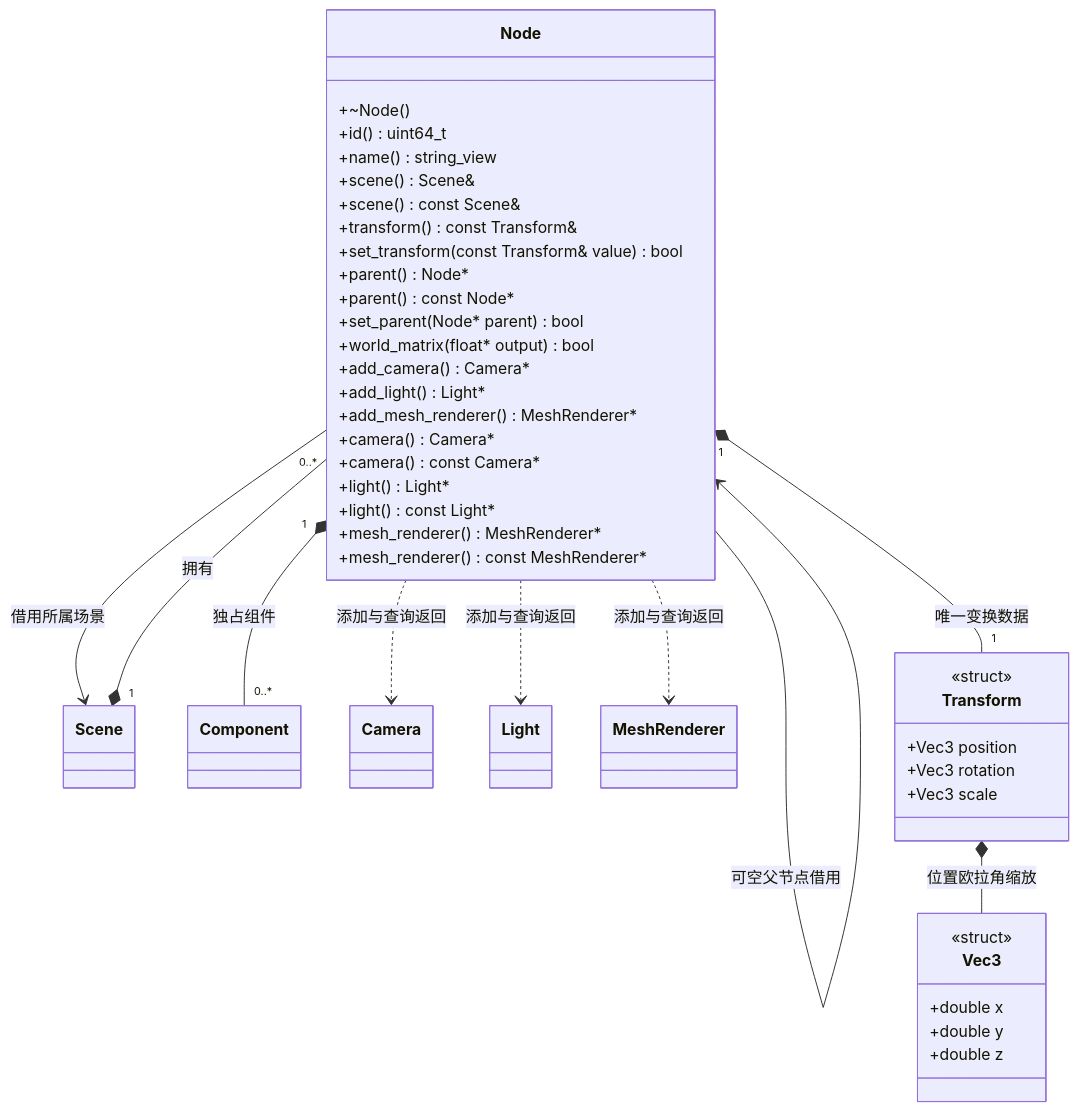
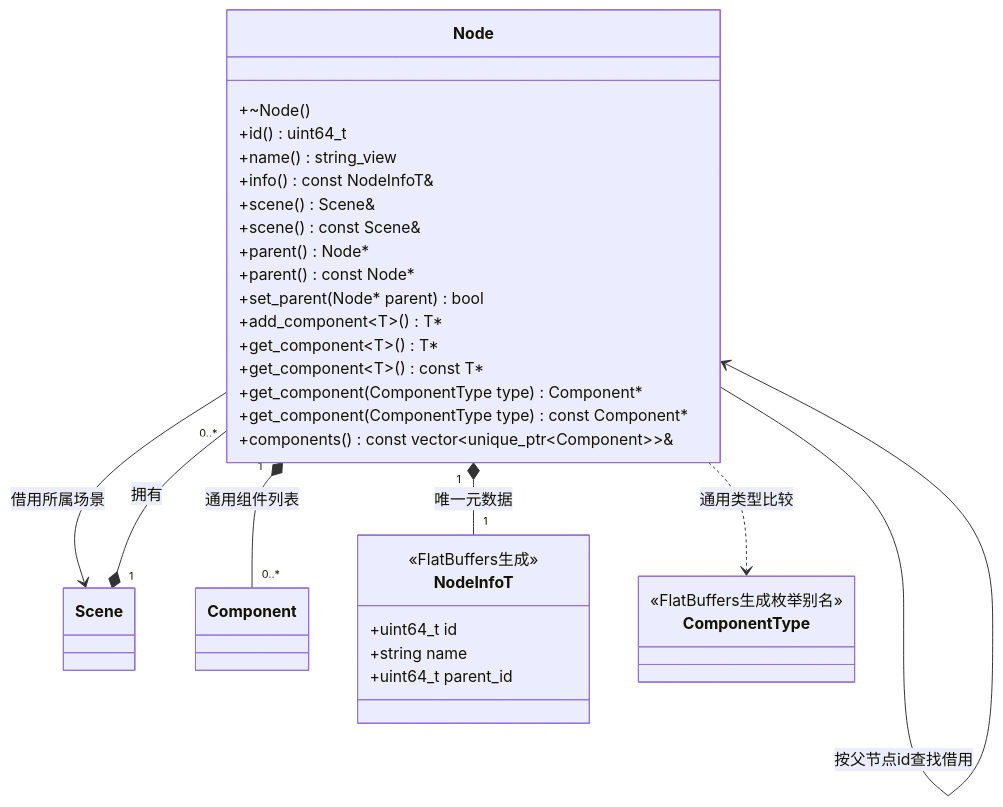
Before and after one commit to lcals/Engine: the diagram in docs/runtime/class-diagrams/node.md, drawn with Mermaid. The commit also changed other lines of this file and 93 other files, not shown here.

````diff
--- a/docs/runtime/class-diagrams/node.md
+++ b/docs/runtime/class-diagrams/node.md
@@ -5,51 +5,37 @@
 ```mermaid
 classDiagram
     class Node {
         +~Node()
         +id() uint64_t
         +name() string_view
+        +info() const NodeInfoT&
         +scene() Scene&
         +scene() const Scene&
-        +transform() const Transform&
-        +set_transform(const Transform& value) bool
         +parent() Node#42;
         +parent() const Node#42;
         +set_parent(Node#42; parent) bool
-        +world_matrix(float* output) bool
-        +add_camera() Camera#42;
-        +add_light() Light#42;
-        +add_mesh_renderer() MeshRenderer#42;
-        +camera() Camera#42;
-        +camera() const Camera#42;
-        +light() Light#42;
-        +light() const Light#42;
-        +mesh_renderer() MeshRenderer#42;
-        +mesh_renderer() const MeshRenderer#42;
+        +add_component~T~() T#42;
+        +get_component~T~() T#42;
+        +get_component~T~() const T#42;
+        +get_component(ComponentType type) Component#42;
+        +get_component(ComponentType type) const Component#42;
+        +components() const vector~unique_ptr~Component~~&
     }
     class Scene
     class Component
-    class Camera
-    class Light
-    class MeshRenderer
-    class Transform {
-        <<struct>>
-        +Vec3 position
-        +Vec3 rotation
-        +Vec3 scale
+    class NodeInfoT {
+        <<FlatBuffers生成>>
+        +uint64_t id
+        +string name
+        +uint64_t parent_id
     }
-    class Vec3 {
-        <<struct>>
-        +double x
-        +double y
-        +double z
+    class ComponentType {
+        <<FlatBuffers生成枚举别名>>
     }
     Scene "1" *-- "0..*" Node : 拥有
     Node --> Scene : 借用所属场景
-    Node --> Node : 可空父节点借用
-    Node "1" *-- "0..*" Component : 独占组件
-    Node "1" *-- "1" Transform : 唯一变换数据
-    Transform *-- Vec3 : 位置欧拉角缩放
-    Node ..> Camera : 添加与查询返回
-    Node ..> Light : 添加与查询返回
-    Node ..> MeshRenderer : 添加与查询返回
+    Node --> Node : 按父节点id查找借用
+    Node "1" *-- "1" NodeInfoT : 唯一元数据
+    Node "1" *-- "0..*" Component : 通用组件列表
+    Node ..> ComponentType : 通用类型比较
 ```
````
